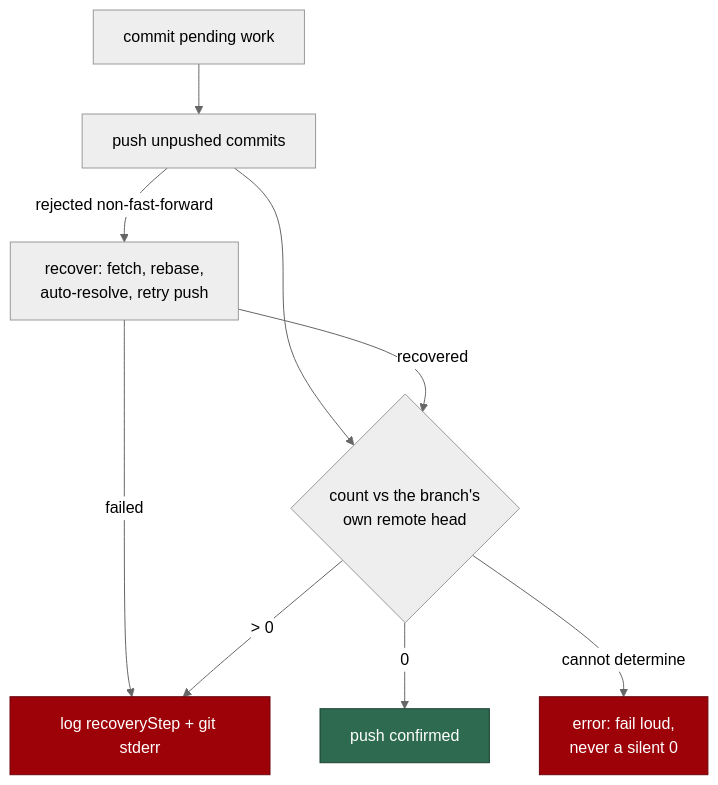
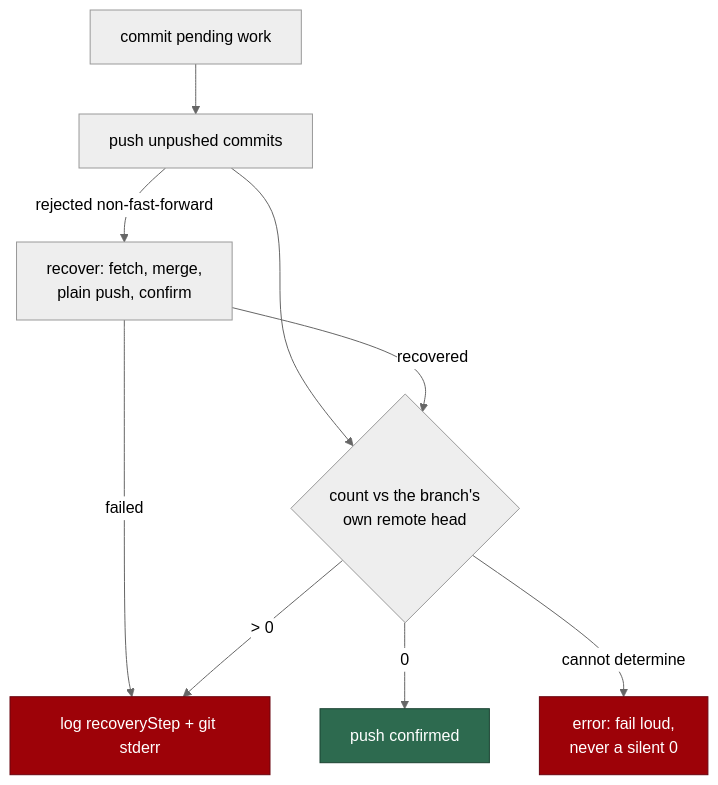
One commit to stSoftwareAU/VibeCoder changed diagram 15 of 44 in docs/INTERNALS.md. Above: the diagram before and after it, drawn with Mermaid (neutral theme). The commit also changed 5 other files, not shown here.

First line of the commit message:
Test the confirm-push branch; drop stale rebase wording (#2808)

````diff
--- a/docs/INTERNALS.md
+++ b/docs/INTERNALS.md
@@ -2021,14 +2021,14 @@
 ```mermaid
 flowchart TD
     A[commit pending work] --> B[push unpushed commits]
-    B -->|rejected non-fast-forward| C[recover: fetch, rebase,<br/>auto-resolve, retry push]
+    B -->|rejected non-fast-forward| C[recover: fetch, merge,<br/>plain push, confirm]
     C -->|failed| E[log recoveryStep + git stderr]
     B --> D{count vs the branch's<br/>own remote head}
     C -->|recovered| D
     D -->|0| F[push confirmed]
     D -->|> 0| E
     D -->|cannot determine| G[error: fail loud,<br/>never a silent 0]
     style F fill:#2d6a4f,stroke:#1b4332,color:#fff
     style E fill:#9d0208,stroke:#6a040f,color:#fff
     style G fill:#9d0208,stroke:#6a040f,color:#fff
 ```
````
